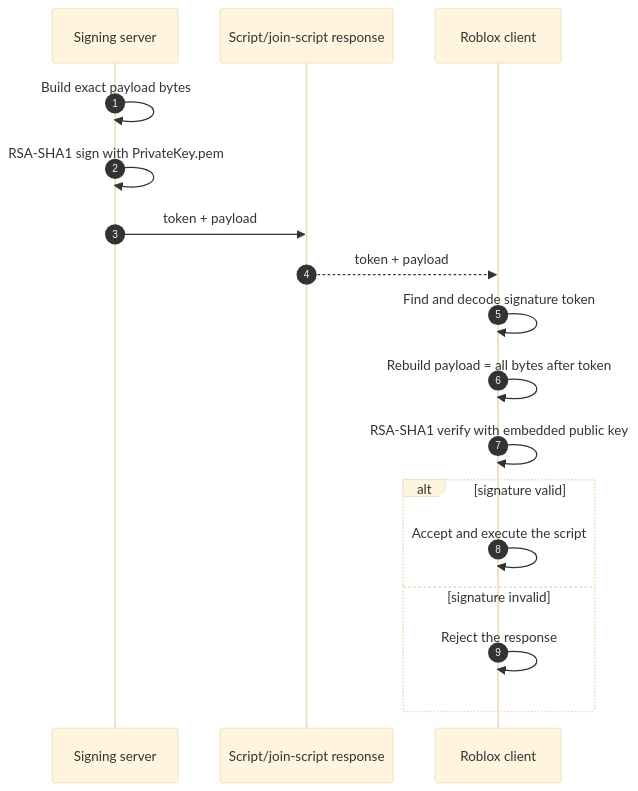
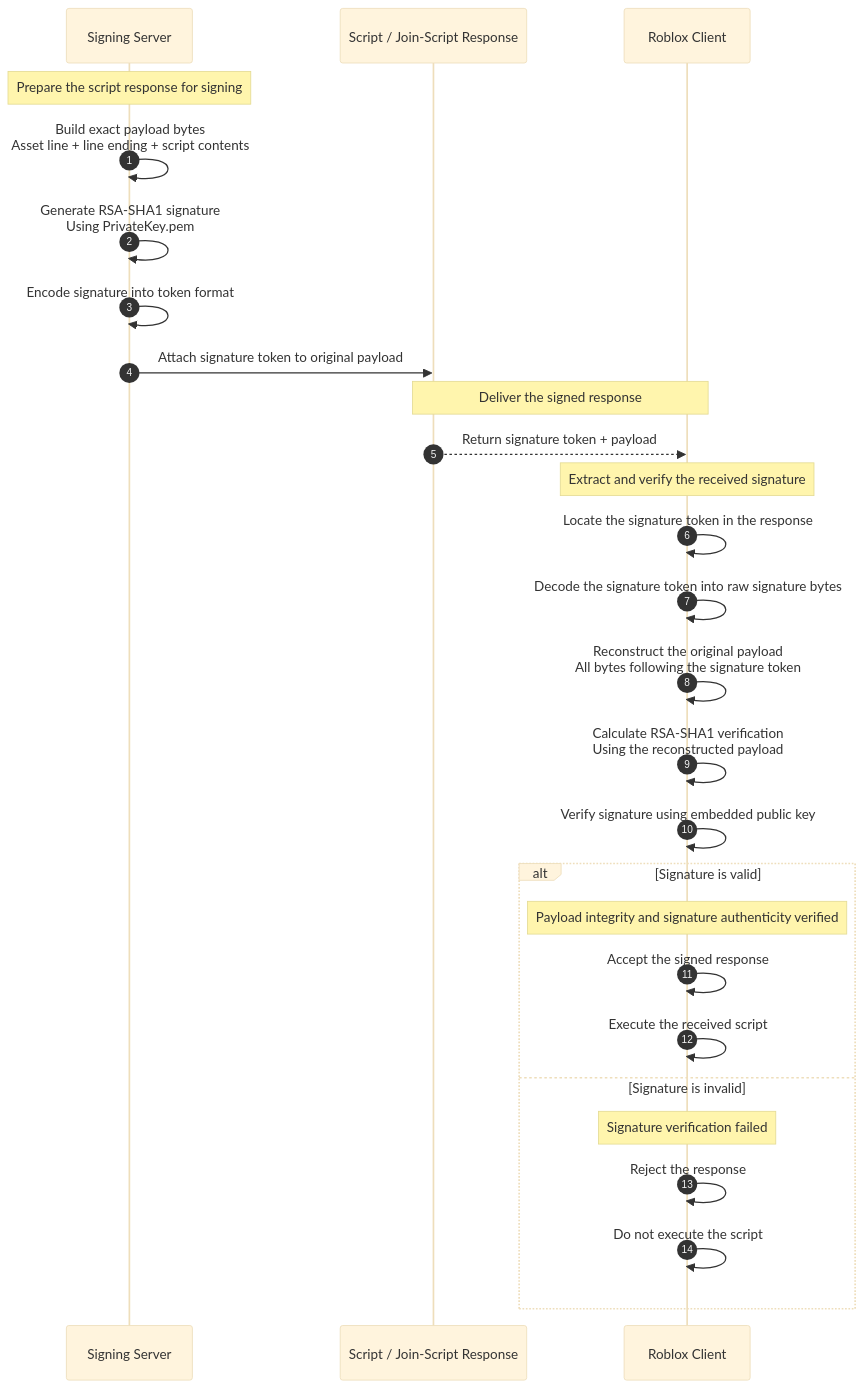
The second of 4 diagrams in docs/script-signing.md (uv1c/rbxsig-php), drawn with Mermaid (base theme) before and after one commit.

Commit message:
Enhance script signing sequence diagram
Updated the sequence diagram to include notes and clarify the signing process.

````diff
--- a/docs/script-signing.md
+++ b/docs/script-signing.md
@@ -50,20 +50,36 @@
 ```mermaid
 sequenceDiagram
     autonumber
-    participant Server as Signing server
-    participant Store as Script/join-script response
-    participant Client as Roblox client
+    participant Server as Signing Server
+    participant Store as Script / Join-Script Response
+    participant Client as Roblox Client
 
-    Server->>Server: Build exact payload bytes
-    Server->>Server: RSA-SHA1 sign with PrivateKey.pem
-    Server->>Store: token + payload
-    Store-->>Client: token + payload
-    Client->>Client: Find and decode signature token
-    Client->>Client: Rebuild payload = all bytes after token
-    Client->>Client: RSA-SHA1 verify with embedded public key
-    alt signature valid
-        Client->>Client: Accept and execute the script
-    else signature invalid
+    Note over Server: Prepare the script response for signing
+
+    Server->>Server: Build exact payload bytes<br/>Asset line + line ending + script contents
+    Server->>Server: Generate RSA-SHA1 signature<br/>Using PrivateKey.pem
+    Server->>Server: Encode signature into token format
+    Server->>Store: Attach signature token to original payload
+
+    Note over Store,Client: Deliver the signed response
+
+    Store-->>Client: Return signature token + payload
+
+    Note over Client: Extract and verify the received signature
+
+    Client->>Client: Locate the signature token in the response
+    Client->>Client: Decode the signature token into raw signature bytes
+    Client->>Client: Reconstruct the original payload<br/>All bytes following the signature token
+    Client->>Client: Calculate RSA-SHA1 verification<br/>Using the reconstructed payload
+    Client->>Client: Verify signature using embedded public key
+
+    alt Signature is valid
+        Note over Client: Payload integrity and signature authenticity verified
+        Client->>Client: Accept the signed response
+        Client->>Client: Execute the received script
+    else Signature is invalid
+        Note over Client: Signature verification failed
         Client->>Client: Reject the response
+        Client->>Client: Do not execute the script
     end
 ```
````
